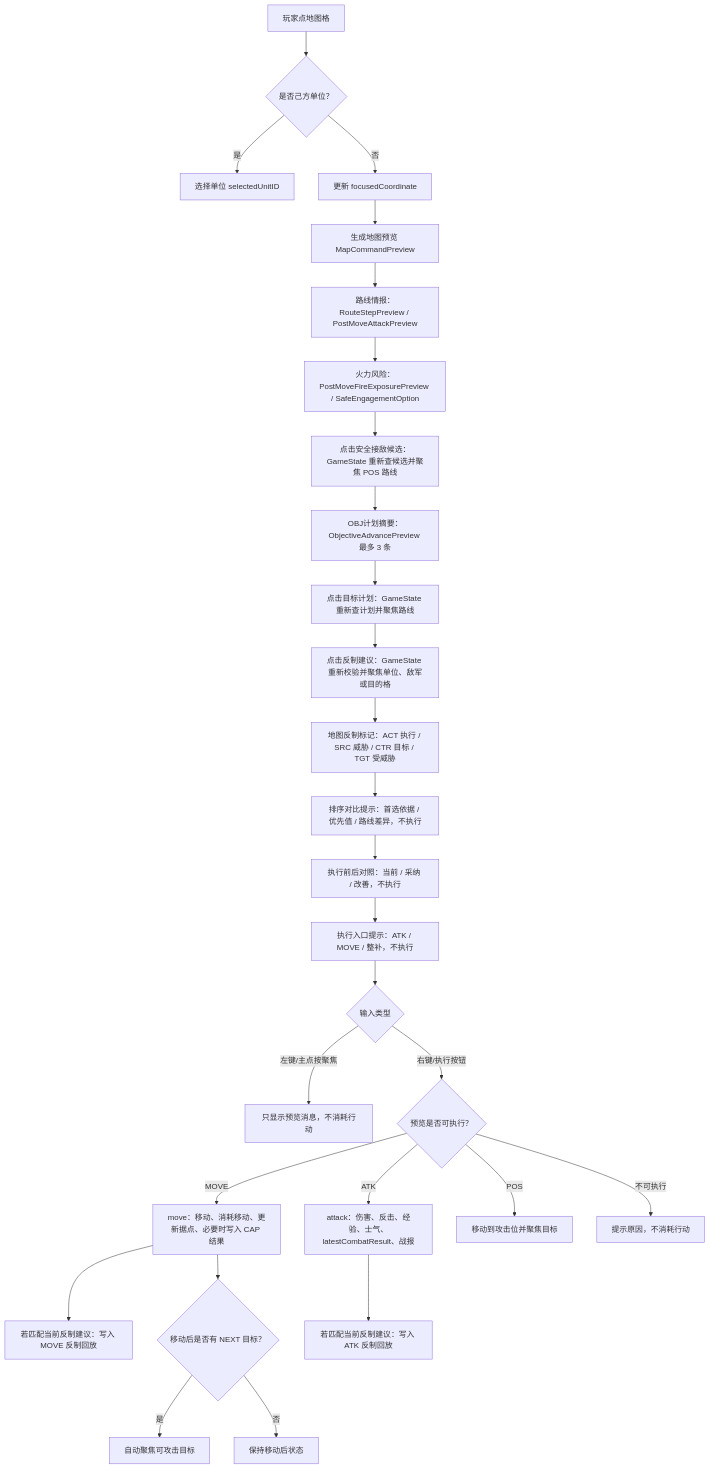
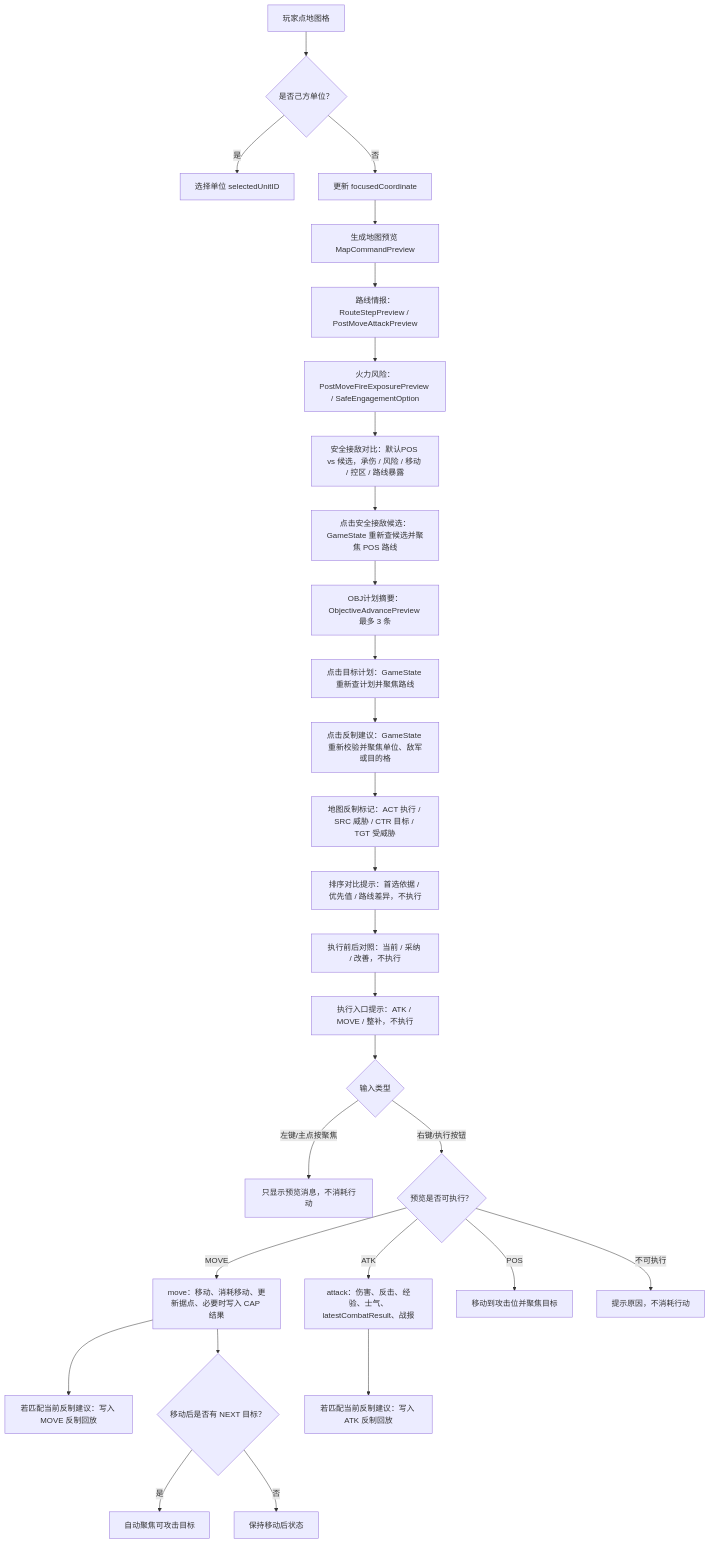
Before and after one commit to Altman-sam114/116: the second of 5 diagrams in md/flow/flowchart.md, drawn with Mermaid. The commit also changed other lines of this file and 11 other files, not shown here.

````diff
--- a/md/flow/flowchart.md
+++ b/md/flow/flowchart.md
@@ -42,29 +42,30 @@
 ```mermaid
 flowchart TD
   A["玩家点地图格"] --> B{"是否己方单位？"}
   B -->|是| C["选择单位 selectedUnitID"]
   B -->|否| D["更新 focusedCoordinate"]
   D --> E["生成地图预览 MapCommandPreview"]
   E --> R["路线情报：RouteStepPreview / PostMoveAttackPreview"]
   R --> X["火力风险：PostMoveFireExposurePreview / SafeEngagementOption"]
-  X --> SP["点击安全接敌候选：GameState 重新查候选并聚焦 POS 路线"]
+  X --> SC["安全接敌对比：默认POS vs 候选，承伤 / 风险 / 移动 / 控区 / 路线暴露"]
+  SC --> SP["点击安全接敌候选：GameState 重新查候选并聚焦 POS 路线"]
   SP --> OP["OBJ计划摘要：ObjectiveAdvancePreview 最多 3 条"]
   OP --> OC["点击目标计划：GameState 重新查计划并聚焦路线"]
   OC --> CM["点击反制建议：GameState 重新校验并聚焦单位、敌军或目的格"]
   CM --> MK["地图反制标记：ACT 执行 / SRC 威胁 / CTR 目标 / TGT 受威胁"]
   MK --> PR["排序对比提示：首选依据 / 优先值 / 路线差异，不执行"]
   PR --> IP["执行前后对照：当前 / 采纳 / 改善，不执行"]
   IP --> EB["执行入口提示：ATK / MOVE / 整补，不执行"]
   EB --> F{"输入类型"}
   F -->|左键/主点按聚焦| G["只显示预览消息，不消耗行动"]
   F -->|右键/执行按钮| H{"预览是否可执行？"}
   H -->|MOVE| I["move：移动、消耗移动、更新据点、必要时写入 CAP 结果"]
   H -->|ATK| J["attack：伤害、反击、经验、士气、latestCombatResult、战报"]
   H -->|POS| K["移动到攻击位并聚焦目标"]
   H -->|不可执行| L["提示原因，不消耗行动"]
   I --> RR["若匹配当前反制建议：写入 MOVE 反制回放"]
   J --> RR2["若匹配当前反制建议：写入 ATK 反制回放"]
   I --> M{"移动后是否有 NEXT 目标？"}
   M -->|是| N["自动聚焦可攻击目标"]
   M -->|否| O["保持移动后状态"]
 ```
````
